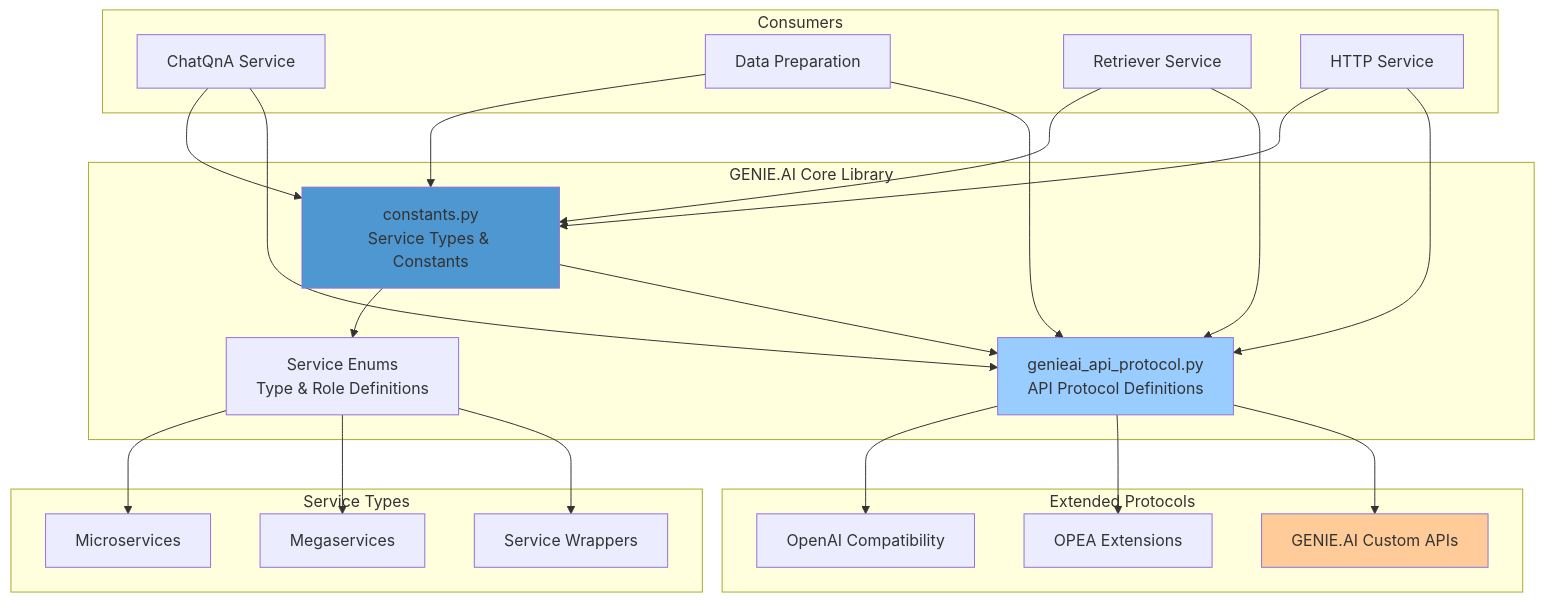
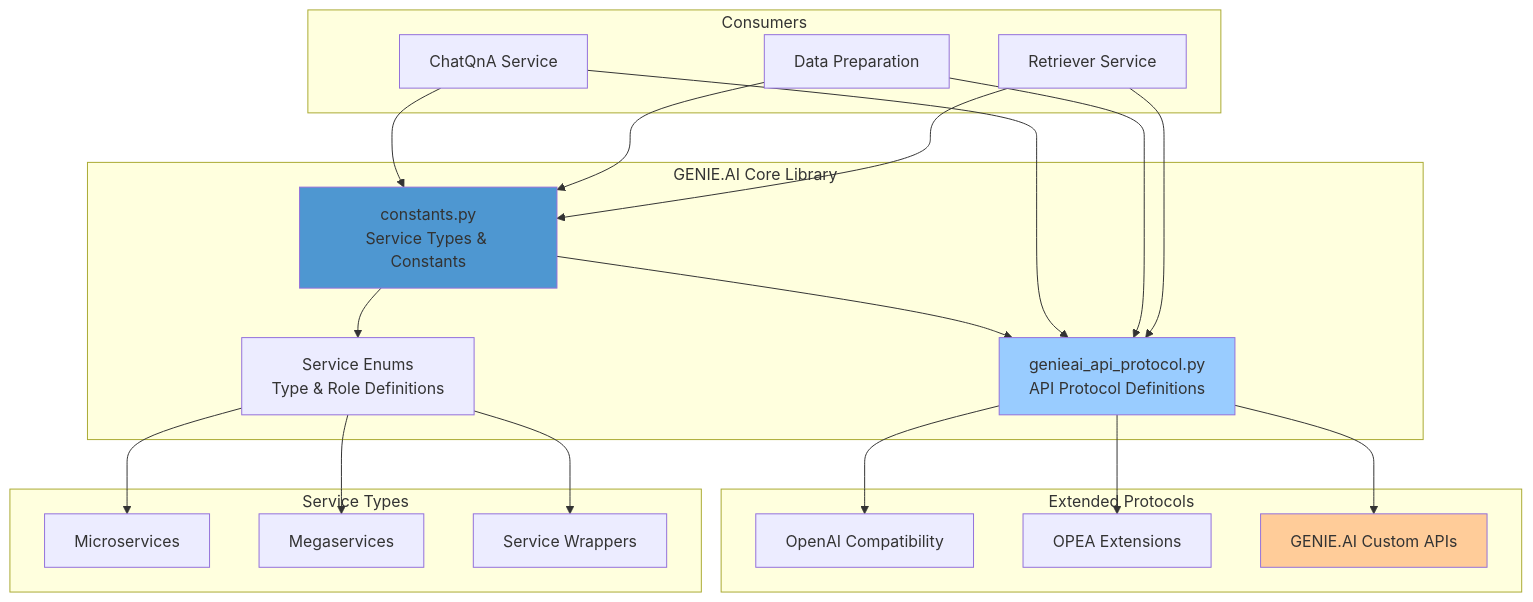
Before and after one commit to jrevillard/genie-ai-replica: the diagram in genie-ai-overlay/core/README.md, drawn with Mermaid. The commit also changed 28 other files, not shown here.

First line of the commit message:
refactor: remove dead http-service, migrate dataprep to SERVICE_AUTH_TOKEN

````diff
--- a/genie-ai-overlay/core/README.md
+++ b/genie-ai-overlay/core/README.md
@@ -39,50 +39,47 @@
 ```mermaid
 graph TB
     subgraph "GENIE.AI Core Library"
         CONSTANTS[constants.py<br/>Service Types & Constants]
         PROTOCOL[genieai_api_protocol.py<br/>API Protocol Definitions]
         ENUMS[Service Enums<br/>Type & Role Definitions]
     end
 
     subgraph "Extended Protocols"
         OPENAI[OpenAI Compatibility]
         OPEA[OPEA Extensions]
         GENIE[GENIE.AI Custom APIs]
     end
 
     subgraph "Service Types"
         MICRO[Microservices]
         MEGA[Megaservices]
         WRAPPER[Service Wrappers]
     end
 
     subgraph "Consumers"
         CHAT[ChatQnA Service]
         DATAPREP[Data Preparation]
         RETRIEVER[Retriever Service]
-        HTTP[HTTP Service]
     end
 
     CONSTANTS --> ENUMS
     CONSTANTS --> PROTOCOL
     PROTOCOL --> OPENAI
     PROTOCOL --> OPEA
     PROTOCOL --> GENIE
 
     ENUMS --> MICRO
     ENUMS --> MEGA
     ENUMS --> WRAPPER
 
     CHAT --> CONSTANTS
     CHAT --> PROTOCOL
     DATAPREP --> CONSTANTS
     DATAPREP --> PROTOCOL
     RETRIEVER --> CONSTANTS
     RETRIEVER --> PROTOCOL
-    HTTP --> CONSTANTS
-    HTTP --> PROTOCOL
 
     style CONSTANTS fill:#4E97D1
     style PROTOCOL fill:#99ccff
     style GENIE fill:#ffcc99
 ```
````
